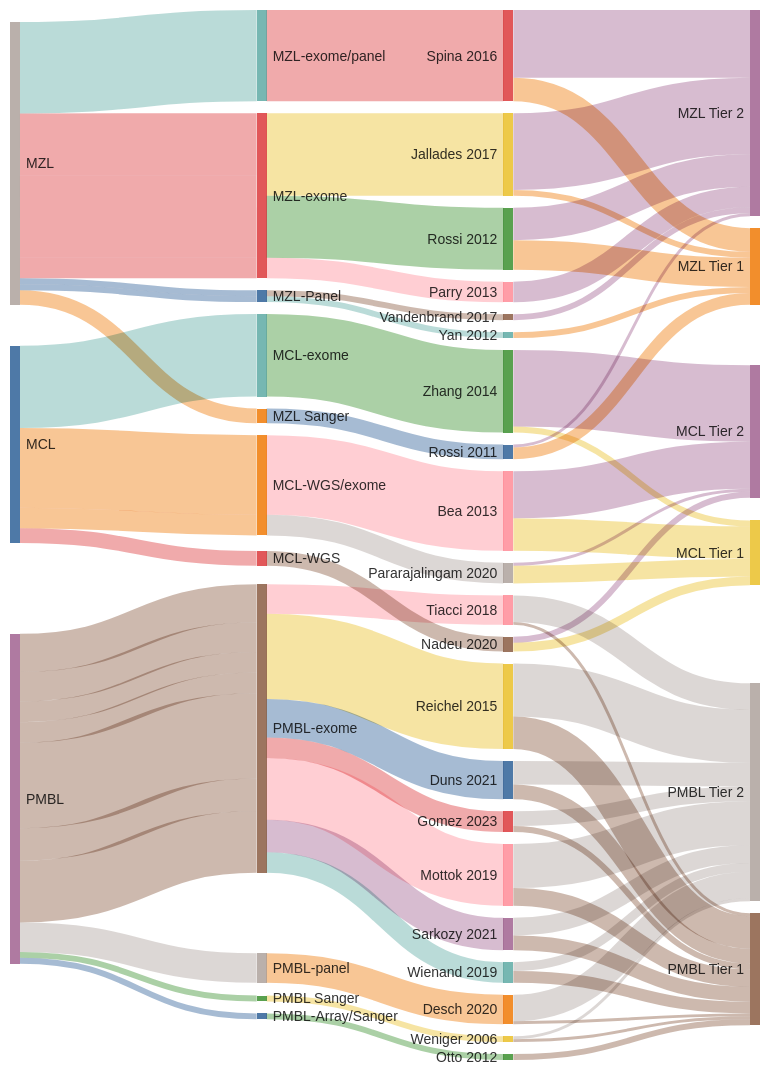
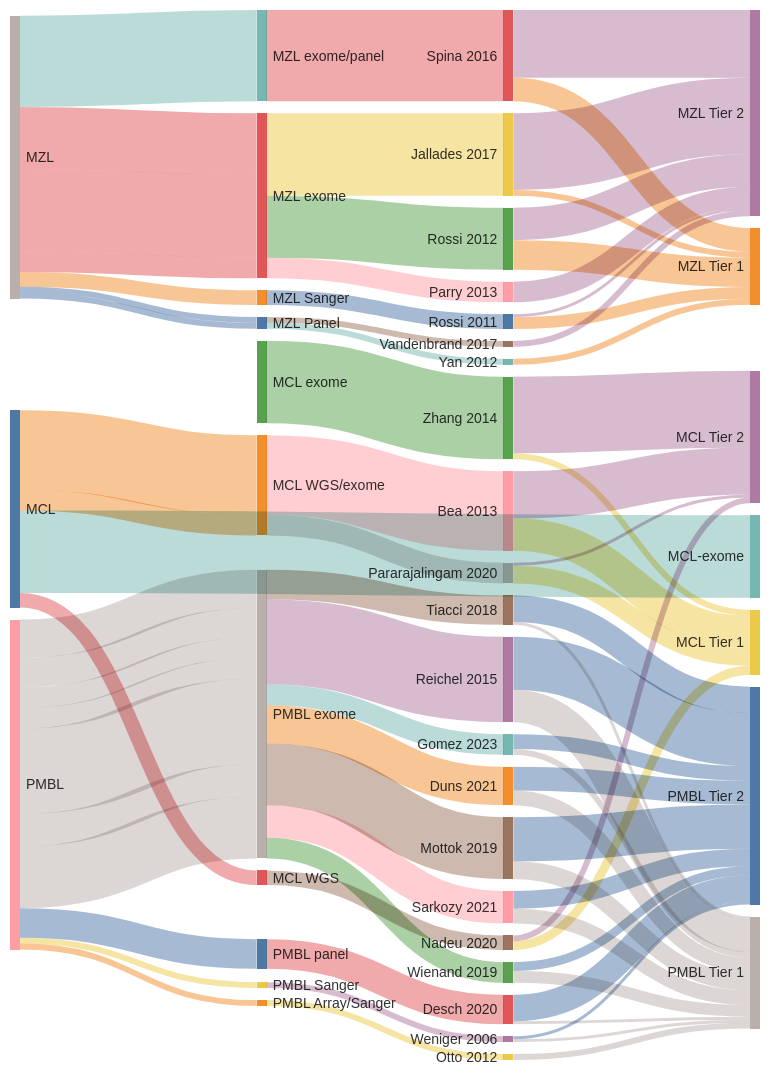
Before and after one commit to morinlab/lymphopedia: the second of 2 diagrams in Home.md, drawn with Mermaid.

````diff
--- a/Home.md
+++ b/Home.md
@@ -184,24 +184,21 @@
 Vandenbrand 2017, MZL Tier 2, 2
 Jallades 2017, MZL Tier 2, 26
 Rossi 2011, MZL Tier 2, 1
-MZL, MZL-Panel, 2
-MZL, MZL-Panel, 2
+MZL, MZL Panel, 2
+MZL, MZL Panel, 2
 MZL, MZL Sanger, 5
-MZL, MZL-exome, 21
-MZL, MZL-exome, 28
-MZL, MZL-exome, 7
-MZL, MZL-exome/panel, 31
+MZL, MZL exome, 21
+MZL, MZL exome, 28
+MZL, MZL exome, 7
+MZL, MZL exome/panel, 31
 MZL Sanger, Rossi 2011, 5
 
-MZL-Panel, Vandenbrand 2017, 2
-MZL-Panel, Yan 2012, 2
-
-
-MZL-exome, Jallades 2017, 28
-MZL-exome/panel, Spina 2016, 31
-
-MZL-exome, Rossi 2012, 21
-MZL-exome, Parry 2013, 7
+MZL Panel, Vandenbrand 2017, 2
+MZL Panel, Yan 2012, 2
+MZL exome, Jallades 2017, 28
+MZL exome/panel, Spina 2016, 31
+MZL exome, Rossi 2012, 21
+MZL exome, Parry 2013, 7
 
 Zhang 2014, MCL Tier 1, 2
 Zhang 2014, MCL Tier 2, 26
@@ -211,14 +208,14 @@
 Nadeu 2020, MCL Tier 2, 2
 Pararajalingam 2020, MCL Tier 1, 6
 Pararajalingam 2020, MCL Tier 2, 1
-MCL, MCL-WGS/exome, 27
-MCL-WGS/exome, Bea 2013, 27
-MCL, MCL-WGS/exome, 7
-MCL-WGS/exome, Pararajalingam 2020, 7
-MCL, MCL-WGS, 5
-MCL-WGS, Nadeu 2020, 5
+MCL, MCL WGS/exome, 27
+MCL WGS/exome, Bea 2013, 27
+MCL, MCL WGS/exome, 7
+MCL WGS/exome, Pararajalingam 2020, 7
+MCL, MCL WGS, 5
+MCL WGS, Nadeu 2020, 5
 MCL, MCL-exome, 28
-MCL-exome, Zhang 2014, 28
+MCL exome, Zhang 2014, 28
 
 PMBL Sanger, Weniger 2006, 2
 PMBL, PMBL Sanger, 2
@@ -241,25 +238,23 @@
 Sarkozy 2021, PMBL Tier 2, 6
 Mottok 2019, PMBL Tier 1, 6
 Mottok 2019, PMBL Tier 2, 15
-PMBL, PMBL-exome, 13
+PMBL, PMBL exome, 13
+PMBL, PMBL exome, 10
+PMBL, PMBL panel, 10
+PMBL, PMBL exome, 7
+PMBL, PMBL exome, 7
+PMBL, PMBL exome, 29
+PMBL, PMBL exome, 11
+PMBL, PMBL exome, 21
+PMBL exome, Gomez 2023, 7
+PMBL exome, Wienand 2019, 7
+PMBL exome, Reichel 2015, 29
+PMBL, PMBL Array/Sanger, 2
+PMBL Array/Sanger, Otto 2012, 2
+PMBL exome, Sarkozy 2021, 11
 
-PMBL, PMBL-exome, 10
-
-PMBL, PMBL-panel, 10
-PMBL, PMBL-exome, 7
-PMBL, PMBL-exome, 7
-PMBL, PMBL-exome, 29
-PMBL, PMBL-exome, 11
-PMBL, PMBL-exome, 21
-PMBL-exome, Gomez 2023, 7
-PMBL-exome, Wienand 2019, 7
-PMBL-exome, Reichel 2015, 29
-PMBL, PMBL-Array/Sanger, 2
-PMBL-Array/Sanger, Otto 2012, 2
-PMBL-exome, Sarkozy 2021, 11
-
-PMBL-exome, Mottok 2019, 21
-PMBL-exome, Tiacci 2018, 10
-PMBL-exome, Duns 2021, 13
-PMBL-panel, Desch 2020, 10
+PMBL exome, Mottok 2019, 21
+PMBL exome, Tiacci 2018, 10
+PMBL exome, Duns 2021, 13
+PMBL panel, Desch 2020, 10
 ```
````
